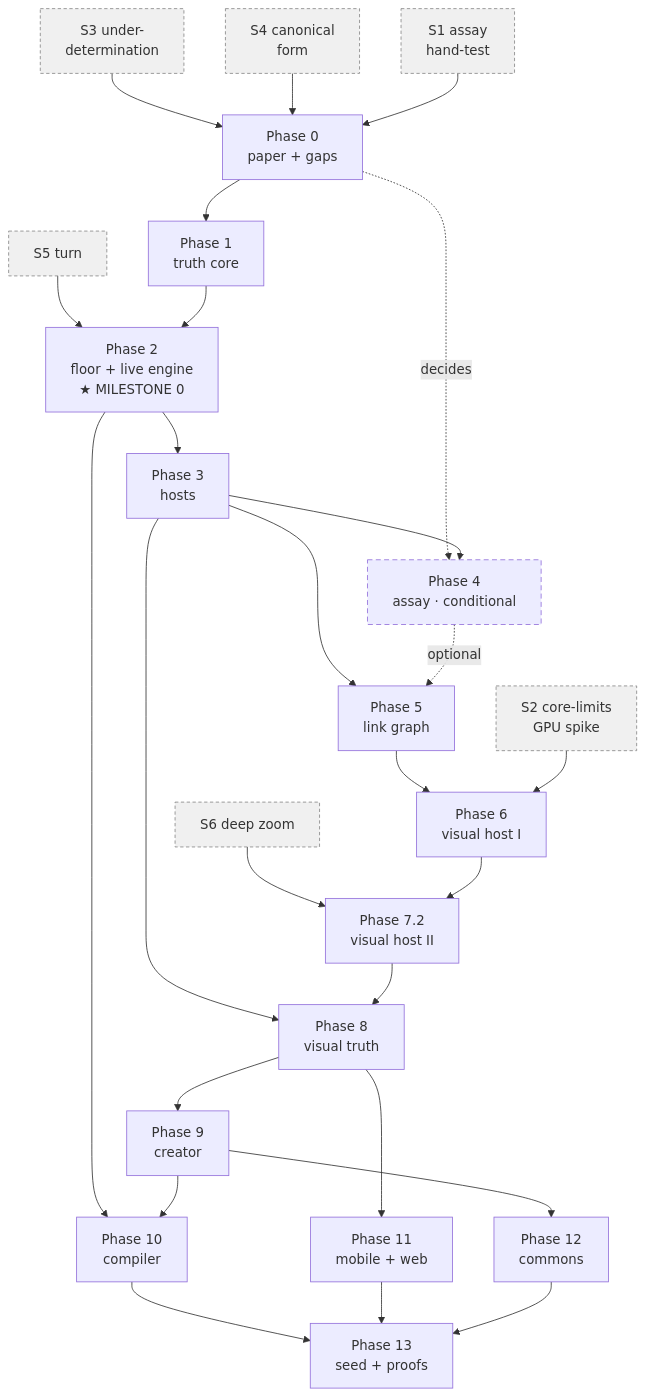
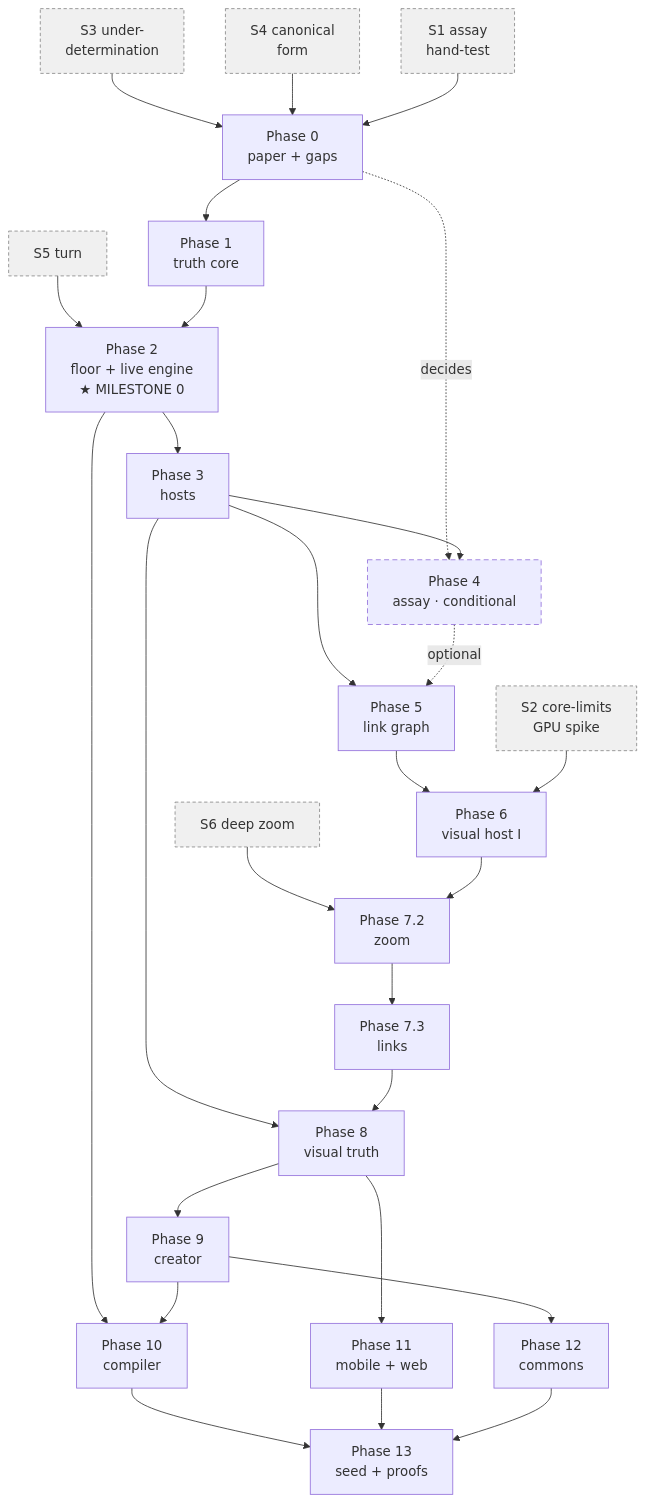
The diagram in docs/Plans/JoInn Build Roadmap.md (joneseysinno/JoInn), drawn with Mermaid before and after one commit. The commit also changed other lines of this file and 4 other files, not shown here.

````diff
--- a/docs/Plans/JoInn Build Roadmap.md
+++ b/docs/Plans/JoInn Build Roadmap.md
@@ -560,53 +577,55 @@
 ```mermaid
 flowchart TB
   S1["S1 assay<br/>hand-test"]:::spike
   S2["S2 core-limits<br/>GPU spike"]:::spike
   S3["S3 under-<br/>determination"]:::spike
   S4["S4 canonical<br/>form"]:::spike
   S5["S5 turn"]:::spike
   S6["S6 deep zoom"]:::spike
 
   P0["Phase 0<br/>paper + gaps"]
   P1["Phase 1<br/>truth core"]
   P2["Phase 2<br/>floor + live engine<br/>★ MILESTONE 0"]
   P3["Phase 3<br/>hosts"]
   P4["Phase 4<br/>assay · conditional"]:::cond
   P5["Phase 5<br/>link graph"]
   P6["Phase 6<br/>visual host I"]
-  P7["Phase 7.2<br/>visual host II"]
+  P7["Phase 7.2<br/>zoom"]
+  P73["Phase 7.3<br/>links"]
   P8["Phase 8<br/>visual truth"]
   P9["Phase 9<br/>creator"]
   P10["Phase 10<br/>compiler"]
   P11["Phase 11<br/>mobile + web"]
   P12["Phase 12<br/>commons"]
   P13["Phase 13<br/>seed + proofs"]
 
   S3 --> P0
   S4 --> P0
   S1 --> P0
   P0 --> P1
   S5 --> P2
   P1 --> P2
   P2 --> P3
   P3 --> P5
   P0 -.decides.-> P4
   P3 --> P4
   P4 -.optional.-> P5
   P5 --> P6
   S2 --> P6
   S6 --> P7
   P6 --> P7
   P3 --> P8
-  P7 --> P8
+  P7 --> P73
+  P73 --> P8
   P8 --> P9
   P2 --> P10
   P9 --> P10
   P8 --> P11
   P9 --> P12
   P10 --> P13
   P11 --> P13
   P12 --> P13
 
   classDef spike fill:#f0f0f0,stroke:#888,stroke-dasharray:4 3
   classDef cond stroke-dasharray:6 4
 ```
````
